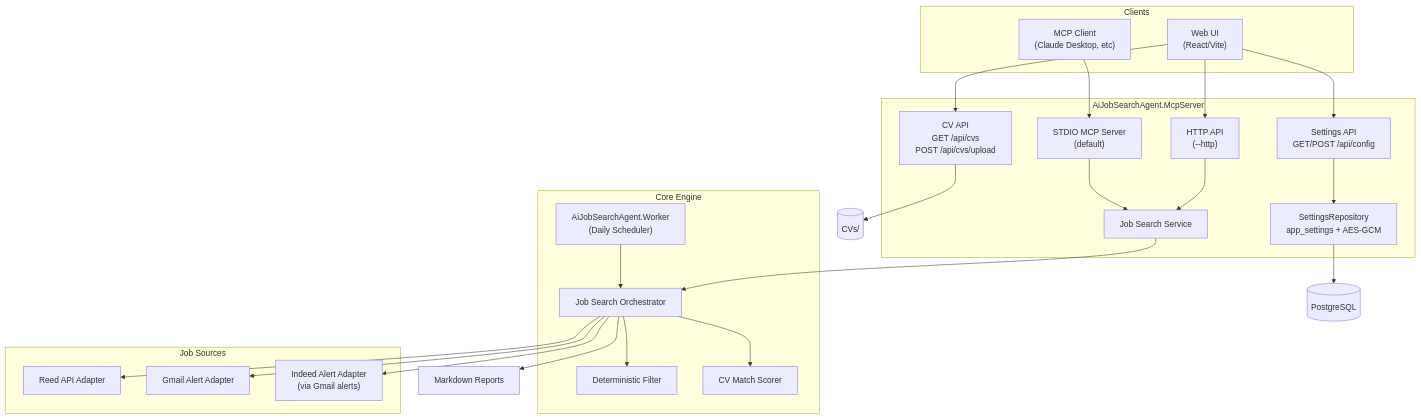
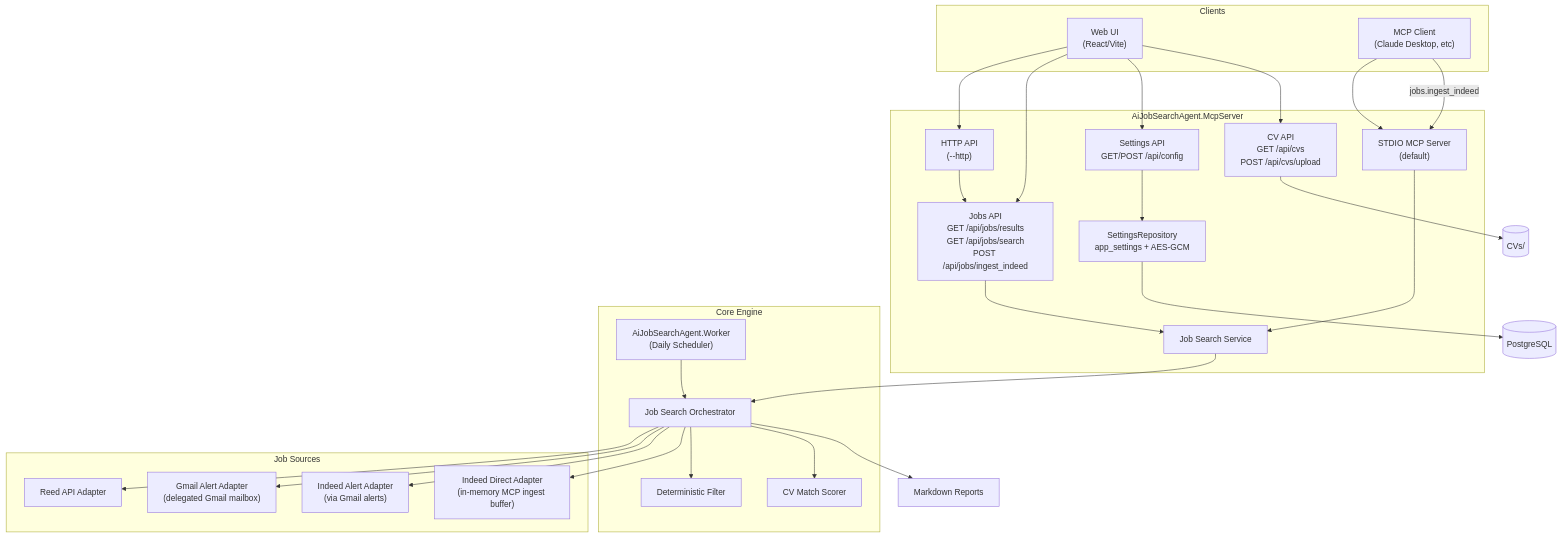
The first of 6 diagrams in docs/job-search-agent-architecture.md (ekanatha-urivakili/AiJobSearchAgent), drawn with Mermaid before and after one commit. The commit also changed other lines of this file and 5 other files, not shown here.

````diff
--- a/docs/job-search-agent-architecture.md
+++ b/docs/job-search-agent-architecture.md
@@ -19,49 +19,55 @@
 ```mermaid
 flowchart TD
     subgraph Clients["Clients"]
         WebUI["Web UI\n(React/Vite)"]
         McpClient["MCP Client\n(Claude Desktop, etc)"]
     end
 
     subgraph Server["AiJobSearchAgent.McpServer"]
         HttpApi["HTTP API\n(--http)"]
         StdioMcp["STDIO MCP Server\n(default)"]
         McpService["Job Search Service"]
+        ResultsApi["Jobs API\nGET /api/jobs/results\nGET /api/jobs/search\nPOST /api/jobs/ingest_indeed"]
         ConfigApi["Settings API\nGET/POST /api/config"]
         CvApi["CV API\nGET /api/cvs\nPOST /api/cvs/upload"]
         SettingsRepo["SettingsRepository\napp_settings + AES-GCM"]
     end
 
     subgraph Orchestration["Core Engine"]
         Worker["AiJobSearchAgent.Worker\n(Daily Scheduler)"]
         Orchestrator["Job Search Orchestrator"]
         Filter["Deterministic Filter"]
         Scorer["CV Match Scorer"]
     end
 
     subgraph Sources["Job Sources"]
         ReedApi["Reed API Adapter"]
-        Gmail["Gmail Alert Adapter"]
+        Gmail["Gmail Alert Adapter\n(delegated Gmail mailbox)"]
         Indeed["Indeed Alert Adapter\n(via Gmail alerts)"]
+        IndeedDirect["Indeed Direct Adapter\n(in-memory MCP ingest buffer)"]
     end
 
     WebUI --> HttpApi
+    WebUI --> ResultsApi
     WebUI --> ConfigApi
     WebUI --> CvApi
     McpClient --> StdioMcp
-    HttpApi --> McpService
+    HttpApi --> ResultsApi
+    ResultsApi --> McpService
     StdioMcp --> McpService
     ConfigApi --> SettingsRepo
     CvApi --> CvFolder[("CVs/")]
     McpService --> Orchestrator
     Worker --> Orchestrator
 
     Orchestrator --> ReedApi
     Orchestrator --> Gmail
     Orchestrator --> Indeed
+    Orchestrator --> IndeedDirect
     Orchestrator --> Filter
     Orchestrator --> Scorer
 
+    McpClient -- "jobs.ingest_indeed" --> StdioMcp
     SettingsRepo --> PostgreSQL[("PostgreSQL")]
     Orchestrator --> Reports["Markdown Reports"]
 ```
````
